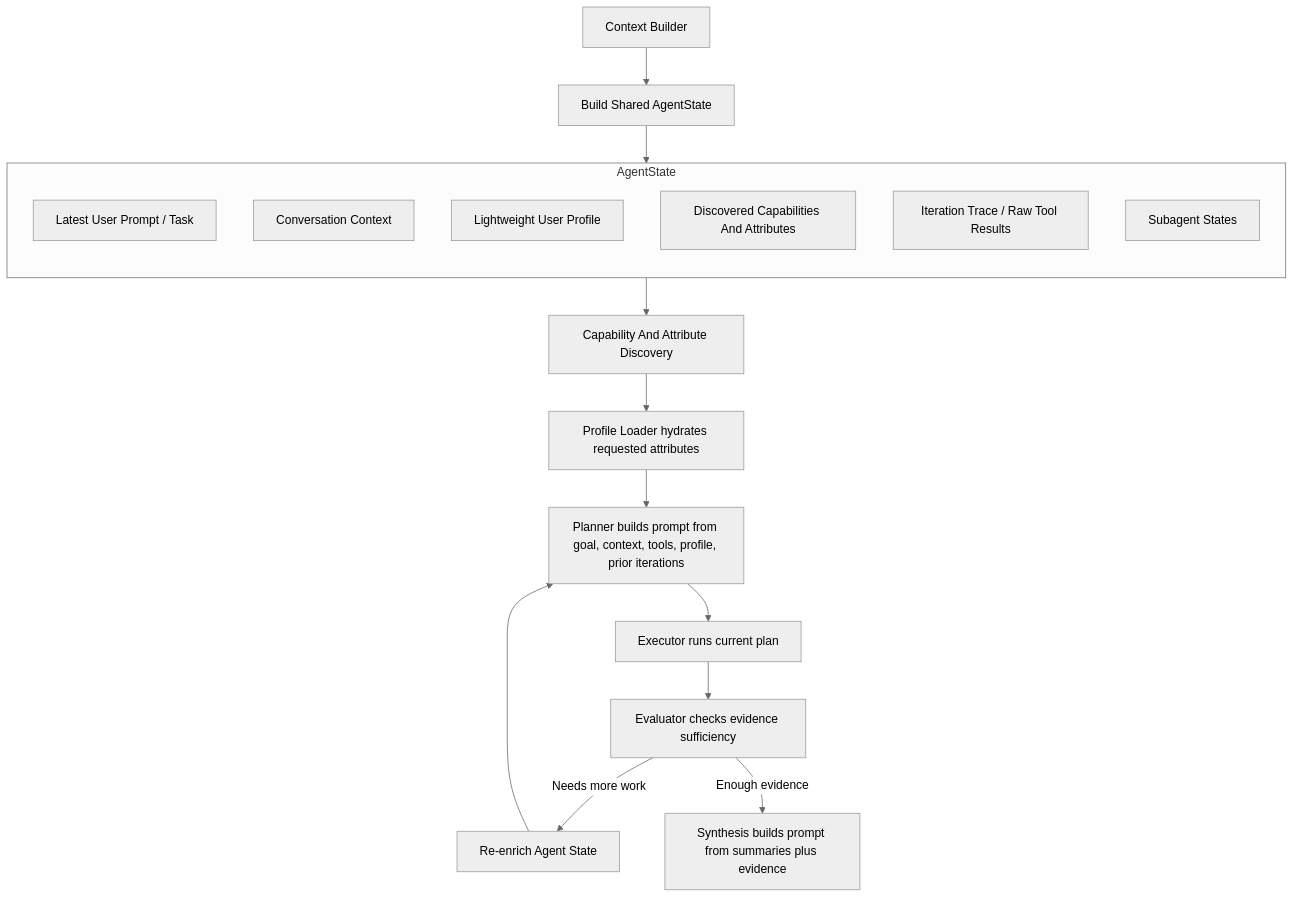
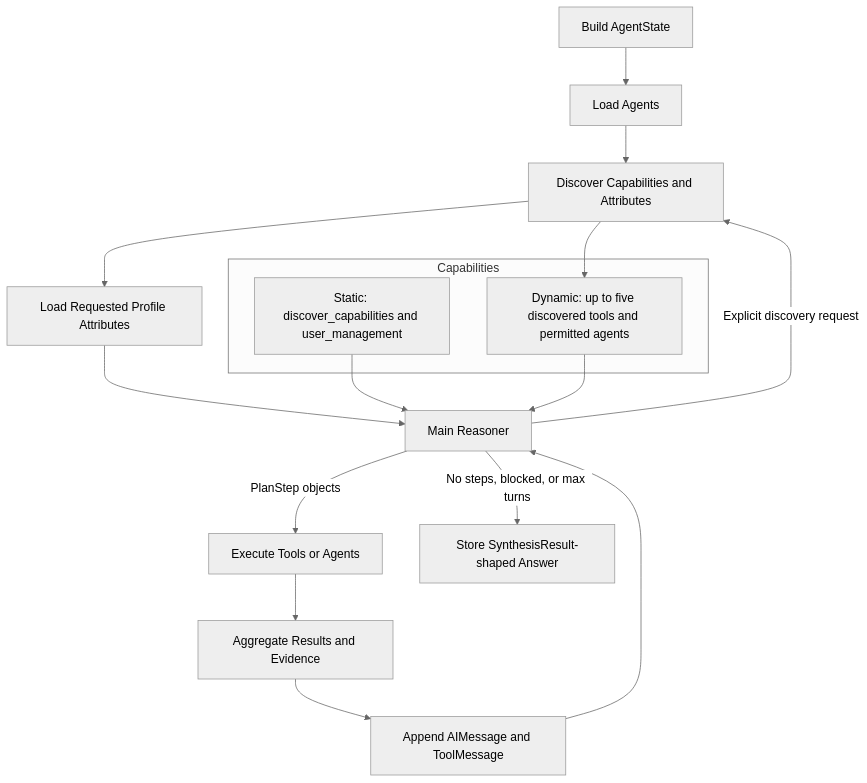
One commit to mikeshutov/llm_poc changed the diagram in docs/context-assembly.md. Above: the diagram before and after it, drawn with Mermaid (neutral theme). The commit also changed other lines of this file and 514 other files, not shown here.

````diff
--- a/docs/context-assembly.md
+++ b/docs/context-assembly.md
@@ -116,24 +69,21 @@
 ```mermaid
 flowchart TD
-    A[Context Builder] --> B[Build Shared AgentState]
+    A[Build AgentState] --> B[Load Agents]
+    B --> C[Discover Capabilities and Attributes]
+    C --> D[Load Requested Profile Attributes]
+    D --> E[Main Reasoner]
+    E -->|PlanStep objects| F[Execute Tools or Agents]
+    F --> G[Aggregate Results and Evidence]
+    G --> H[Append AIMessage and ToolMessage]
+    H --> E
+    E -->|No steps, blocked, or max turns| I[Store SynthesisResult-shaped Answer]
 
-    subgraph C[AgentState]
-        direction TB
-        S1[Latest User Prompt / Task]
-        S2[Conversation Context]
-        S3[Lightweight User Profile]
-        S4[Discovered Capabilities And Attributes]
-        S5[Iteration Trace / Raw Tool Results]
-        S6[Subagent States]
+    subgraph Capabilities
+        J[Static: discover_capabilities and user_management]
+        K[Dynamic: up to five discovered tools and permitted agents]
     end
-
-    B --> C
-    C --> D[Capability And Attribute Discovery]
-    D --> E[Profile Loader hydrates requested attributes]
-    E --> F[Planner builds prompt from goal, context, tools, profile, prior iterations]
-    F --> G[Executor runs current plan]
-    G --> H[Evaluator checks evidence sufficiency]
-    H -->|Needs more work| J[Re-enrich Agent State]
-    J --> F
-    H -->|Enough evidence| I[Synthesis builds prompt from summaries plus evidence]
+    J --> E
+    K --> E
+    C --> K
+    E -->|Explicit discovery request| C
 ```
````
